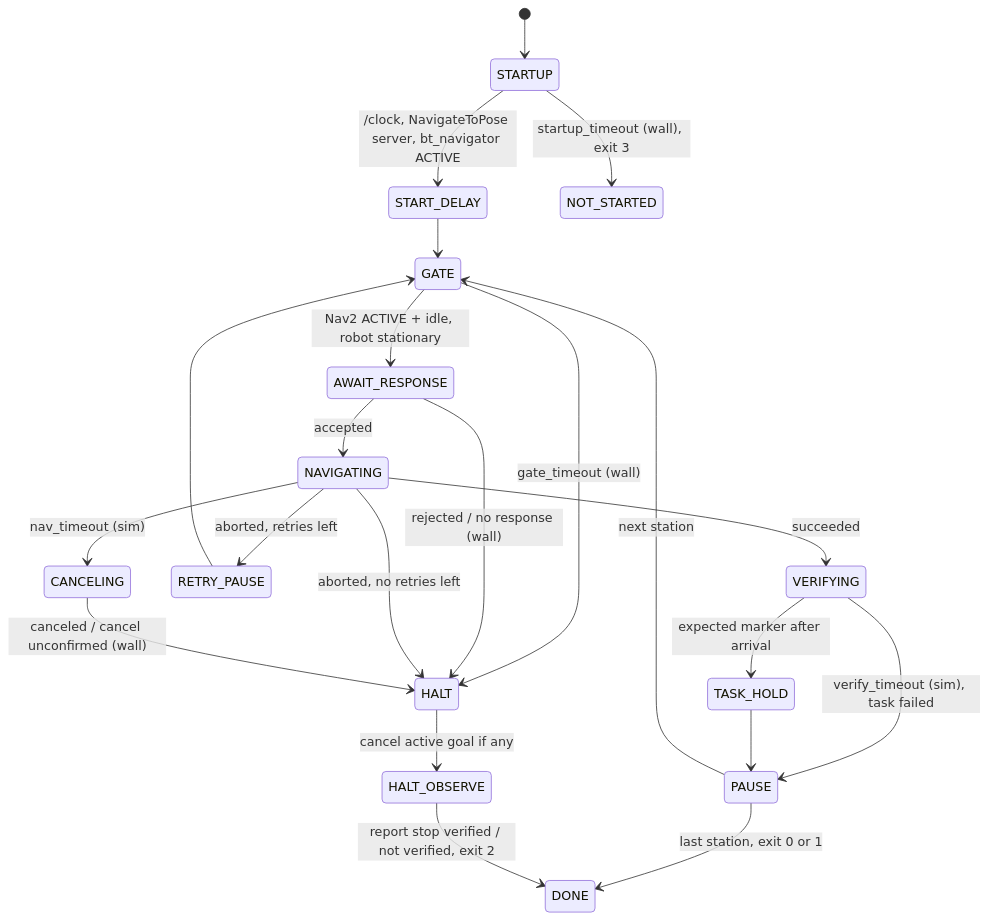
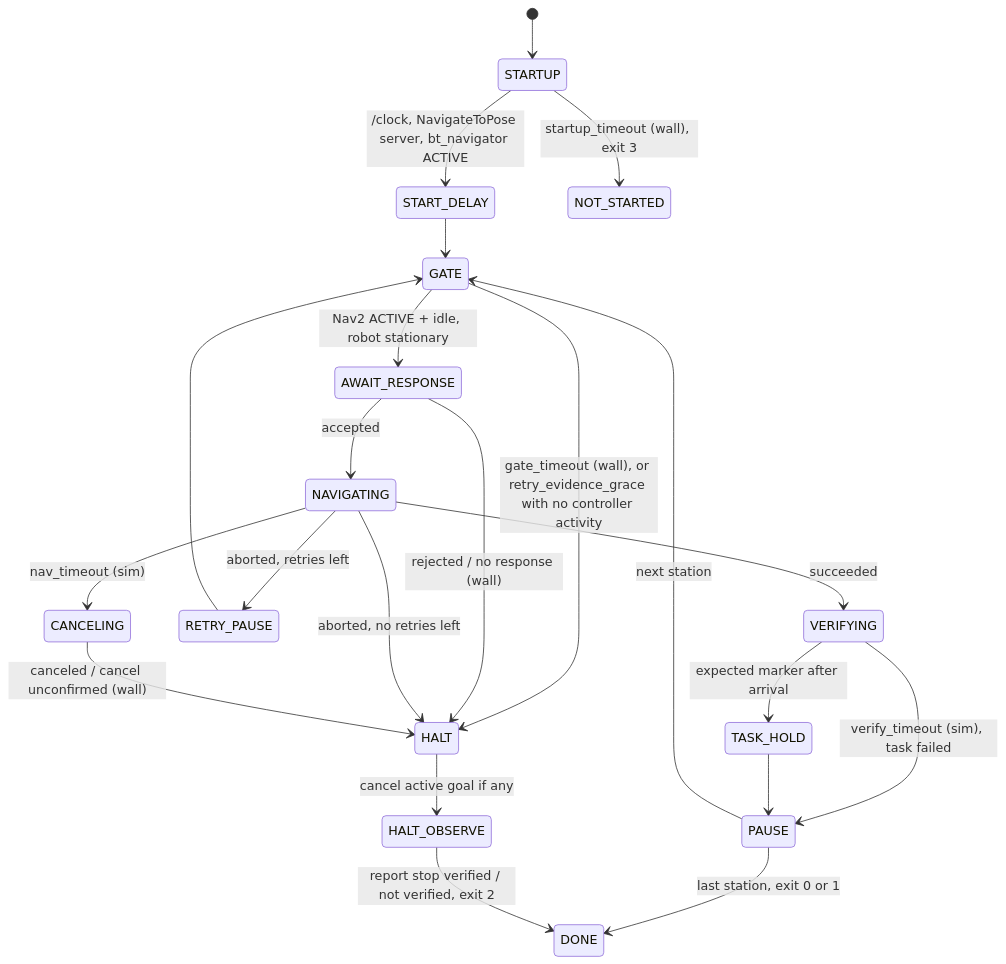
The second of 2 diagrams in README.md (Sara-Esm/ros2-autonomous-warehouse-navigation), drawn with Mermaid before and after one commit. The commit also changed other lines of this file and 13 other files, not shown here.

````diff
--- a/README.md
+++ b/README.md
@@ -190,24 +190,24 @@
 ```mermaid
 stateDiagram-v2
   [*] --> STARTUP
   STARTUP --> START_DELAY: /clock, NavigateToPose server, bt_navigator ACTIVE
   STARTUP --> NOT_STARTED: startup_timeout (wall), exit 3
   START_DELAY --> GATE
   GATE --> AWAIT_RESPONSE: Nav2 ACTIVE + idle, robot stationary
-  GATE --> HALT: gate_timeout (wall)
+  GATE --> HALT: gate_timeout (wall), or retry_evidence_grace with no controller activity
   AWAIT_RESPONSE --> NAVIGATING: accepted
   AWAIT_RESPONSE --> HALT: rejected / no response (wall)
   NAVIGATING --> VERIFYING: succeeded
   NAVIGATING --> RETRY_PAUSE: aborted, retries left
   NAVIGATING --> HALT: aborted, no retries left
   NAVIGATING --> CANCELING: nav_timeout (sim)
   CANCELING --> HALT: canceled / cancel unconfirmed (wall)
   RETRY_PAUSE --> GATE
   VERIFYING --> TASK_HOLD: expected marker after arrival
   VERIFYING --> PAUSE: verify_timeout (sim), task failed
   TASK_HOLD --> PAUSE
   PAUSE --> GATE: next station
   PAUSE --> DONE: last station, exit 0 or 1
   HALT --> HALT_OBSERVE: cancel active goal if any
   HALT_OBSERVE --> DONE: report stop verified / not verified, exit 2
 ```
````
